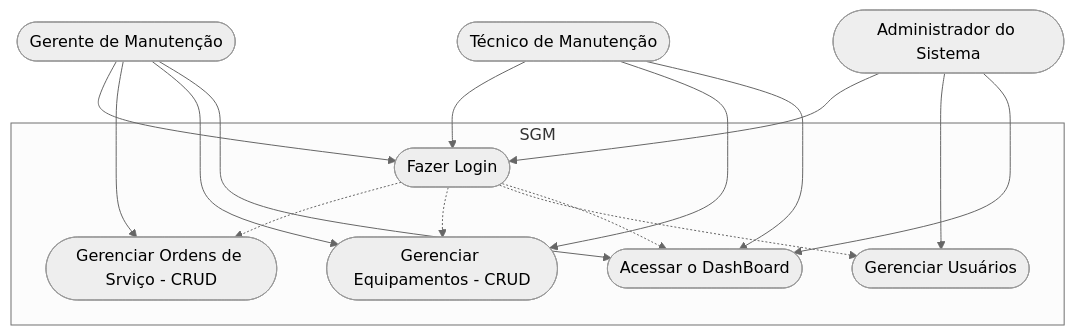
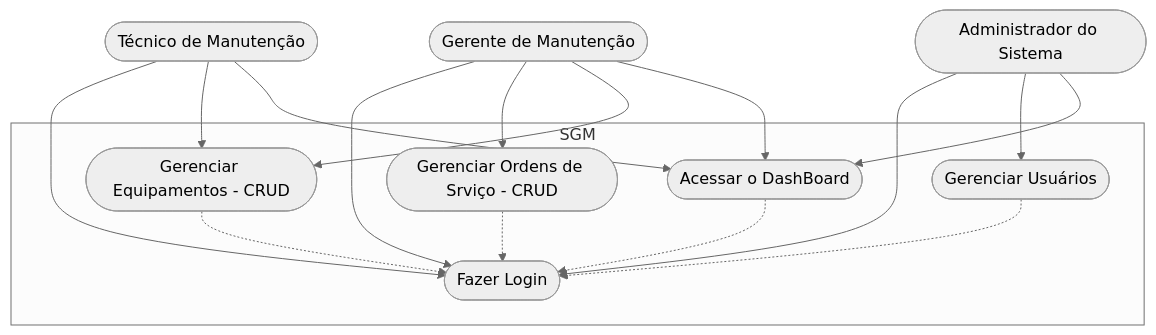
Before and after one commit to Diogotb/CursoFrontEndSesiTA: the second of 2 diagrams in Frameworks/Next/formativa-sgm/README.md, drawn with Mermaid (neutral theme).

````diff
--- a/Frameworks/Next/formativa-sgm/README.md
+++ b/Frameworks/Next/formativa-sgm/README.md
@@ -103,35 +103,35 @@
 ```mermaid
 
 graph TD
 
     subgraph "SGM"
         caso1([Fazer Login])
         caso2([Gerenciar Ordens de Srviço - CRUD])
         caso3([Gerenciar Equipamentos - CRUD])
         caso4([Gerenciar Usuários])
         caso5([Acessar o DashBoard])
     end
 
     Tecnico([Técnico de Manutenção])
     Gerente([Gerente de Manutenção])
     Admin([Administrador do Sistema])
 
     Tecnico --> caso1
     Tecnico --> caso3
     Tecnico --> caso5
 
     Gerente --> caso1
     Gerente --> caso2
     Gerente --> caso3
     Gerente --> caso5
 
     Admin --> caso1
     Admin --> caso4
     Admin --> caso5
 
-    caso1 -.-> caso2
-    caso1 -.-> caso3
-    caso1 -.-> caso4
-    caso1 -.-> caso5
+    caso2 -.-> caso1
+    caso3 -.-> caso1
+    caso4 -.-> caso1
+    caso5 -.-> caso1
     
 ```
````
